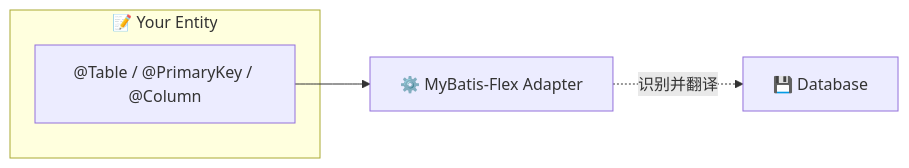
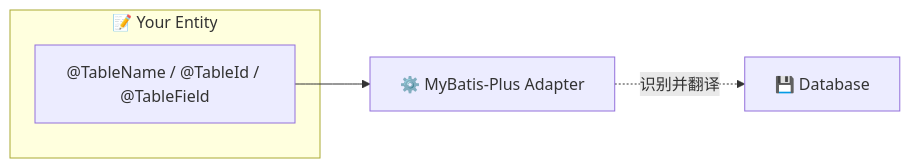
One commit to dromara/auto-table changed the diagram in auto-table-doc/docs/ORM 适配/Mybatis-Plus.md. Above: the diagram before and after it, drawn with Mermaid. The commit also changed other lines of this file, not shown here.

Commit message:
docs: 修正 ORM 适配目录下 MyBatis-Plus.md 文件内容

````diff
--- a/auto-table-doc/docs/ORM 适配/Mybatis-Plus.md
+++ b/auto-table-doc/docs/ORM 适配/Mybatis-Plus.md
@@ -78,13 +109,13 @@
 ```mermaid
 flowchart LR
     subgraph entity["📝 Your Entity"]
-        E["@Table / @PrimaryKey / @Column"]
+        E["@TableName / @TableId / @TableField"]
     end
     
-    adapter[⚙️ MyBatis-Flex Adapter]
+    adapter[⚙️ MyBatis-Plus Adapter]
     
     db["💾 Database"]
     
     E --> adapter
     adapter -.识别并翻译.-> db
 ```
````
